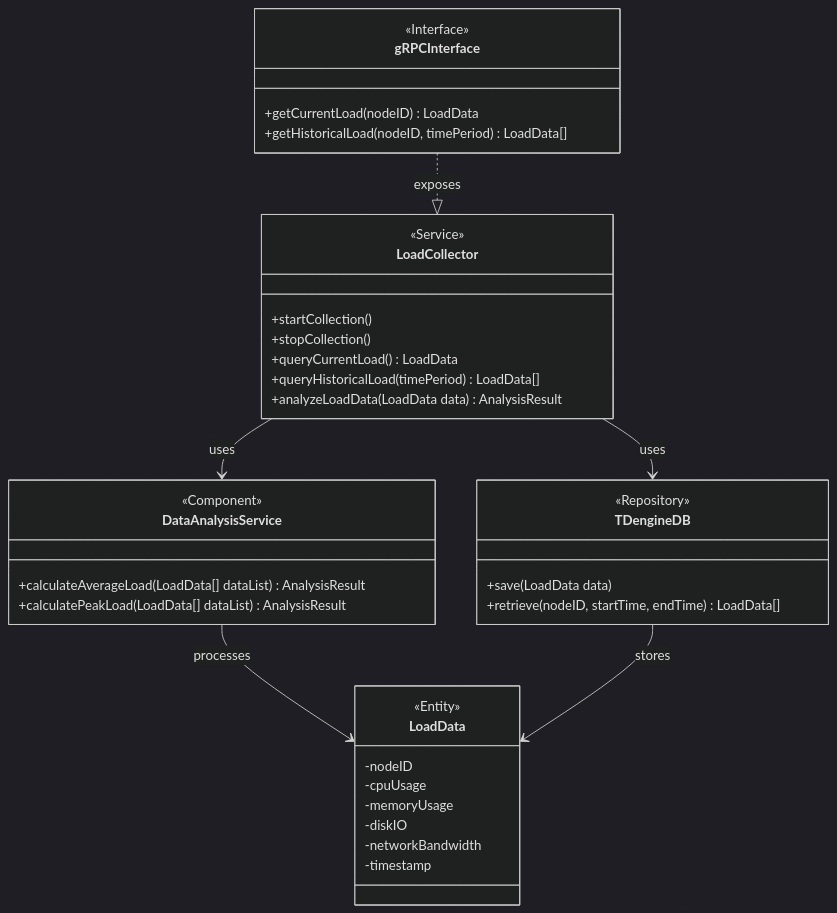
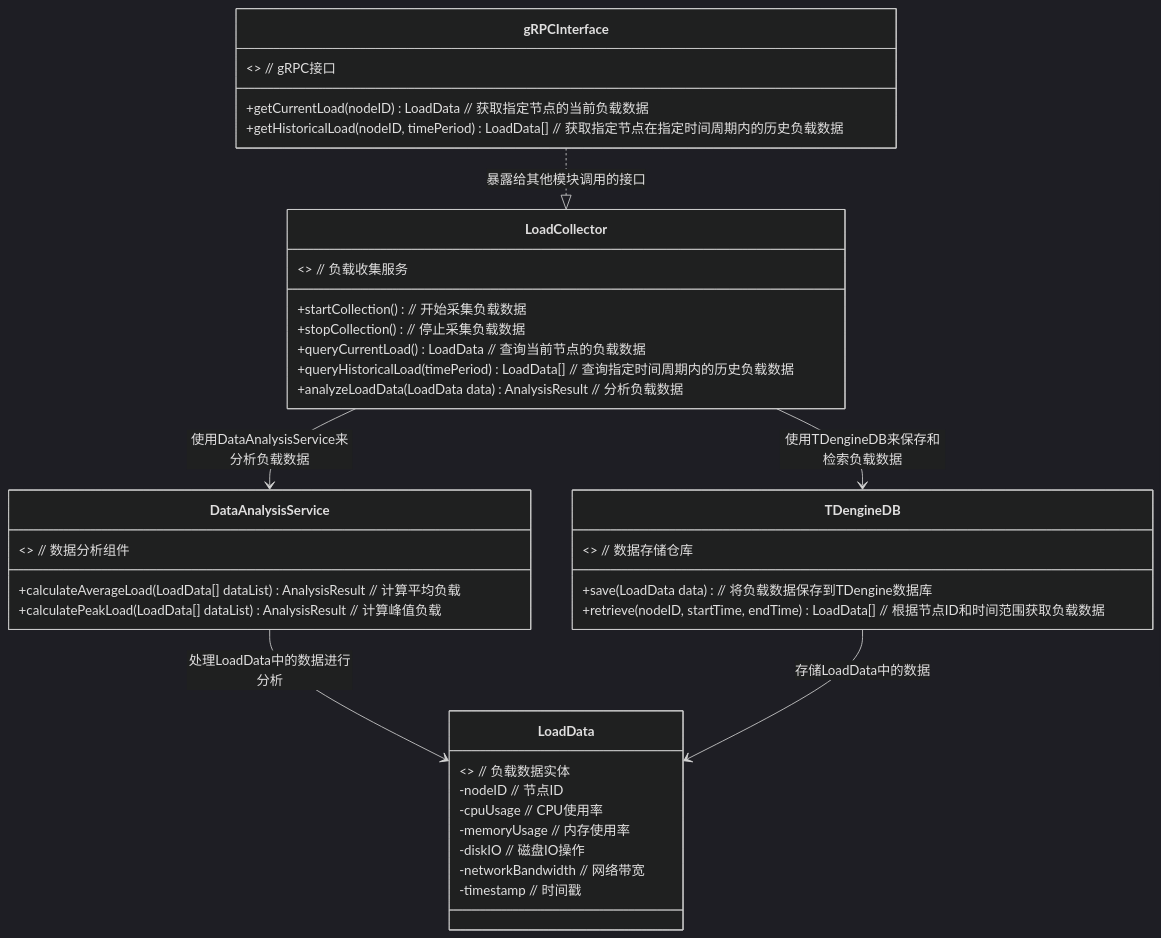
The diagram in all/未命名.md (jjj960/iodraw-files), drawn with Mermaid (dark theme) before and after one commit.

Commit message:
2025-03-06 16:58:40 update

````diff
--- a/all/未命名.md
+++ b/all/未命名.md
@@ -1,46 +1,46 @@
 ```mermaid
 classDiagram
     class LoadCollector {
-        <<Service>>
-        +startCollection()
-        +stopCollection()
-        +queryCurrentLoad() LoadData
-        +queryHistoricalLoad(timePeriod) LoadData[]
-        +analyzeLoadData(LoadData data) AnalysisResult
+        <<Service>>  // 负载收集服务
+        +startCollection()  // 开始采集负载数据
+        +stopCollection()  // 停止采集负载数据
+        +queryCurrentLoad() LoadData  // 查询当前节点的负载数据
+        +queryHistoricalLoad(timePeriod) LoadData[]  // 查询指定时间周期内的历史负载数据
+        +analyzeLoadData(LoadData data) AnalysisResult  // 分析负载数据
     }
 
     class LoadData {
-        <<Entity>>
-        -nodeID
-        -cpuUsage
-        -memoryUsage
-        -diskIO
-        -networkBandwidth
-        -timestamp
+        <<Entity>>  // 负载数据实体
+        -nodeID  // 节点ID
+        -cpuUsage  // CPU使用率
+        -memoryUsage  // 内存使用率
+        -diskIO  // 磁盘IO操作
+        -networkBandwidth  // 网络带宽
+        -timestamp  // 时间戳
     }
 
     class TDengineDB {
-        <<Repository>>
-        +save(LoadData data)
-        +retrieve(nodeID, startTime, endTime) LoadData[]
+        <<Repository>>  // 数据存储仓库
+        +save(LoadData data)  // 将负载数据保存到TDengine数据库
+        +retrieve(nodeID, startTime, endTime) LoadData[]  // 根据节点ID和时间范围获取负载数据
     }
 
     class DataAnalysisService {
-        <<Component>>
-        +calculateAverageLoad(LoadData[] dataList) AnalysisResult
-        +calculatePeakLoad(LoadData[] dataList) AnalysisResult
+        <<Component>>  // 数据分析组件
+        +calculateAverageLoad(LoadData[] dataList) AnalysisResult  // 计算平均负载
+        +calculatePeakLoad(LoadData[] dataList) AnalysisResult  // 计算峰值负载
     }
 
-    LoadCollector --> TDengineDB : uses
-    LoadCollector --> DataAnalysisService : uses
-    DataAnalysisService --> LoadData : processes
-    TDengineDB --> LoadData : stores
+    LoadCollector --> TDengineDB : 使用TDengineDB来保存和检索负载数据
+    LoadCollector --> DataAnalysisService : 使用DataAnalysisService来分析负载数据
+    DataAnalysisService --> LoadData : 处理LoadData中的数据进行分析
+    TDengineDB --> LoadData : 存储LoadData中的数据
 
     class gRPCInterface {
-        <<Interface>>
-        +getCurrentLoad(nodeID) LoadData
-        +getHistoricalLoad(nodeID, timePeriod) LoadData[]
+        <<Interface>>  // gRPC接口
+        +getCurrentLoad(nodeID) LoadData  // 获取指定节点的当前负载数据
+        +getHistoricalLoad(nodeID, timePeriod) LoadData[]  // 获取指定节点在指定时间周期内的历史负载数据
     }
 
-    gRPCInterface ..|> LoadCollector : exposes
+    gRPCInterface ..|> LoadCollector : 暴露给其他模块调用的接口
 ```
````
